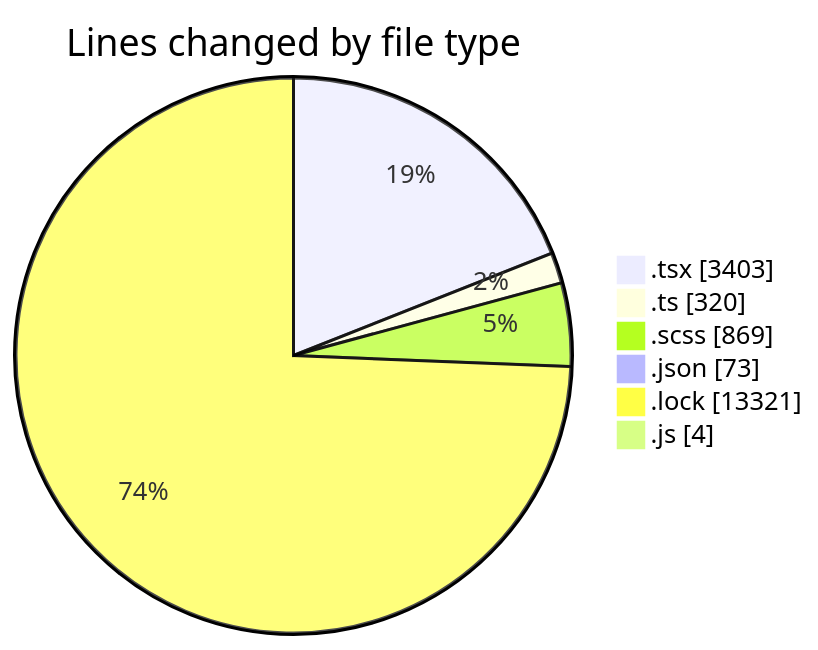
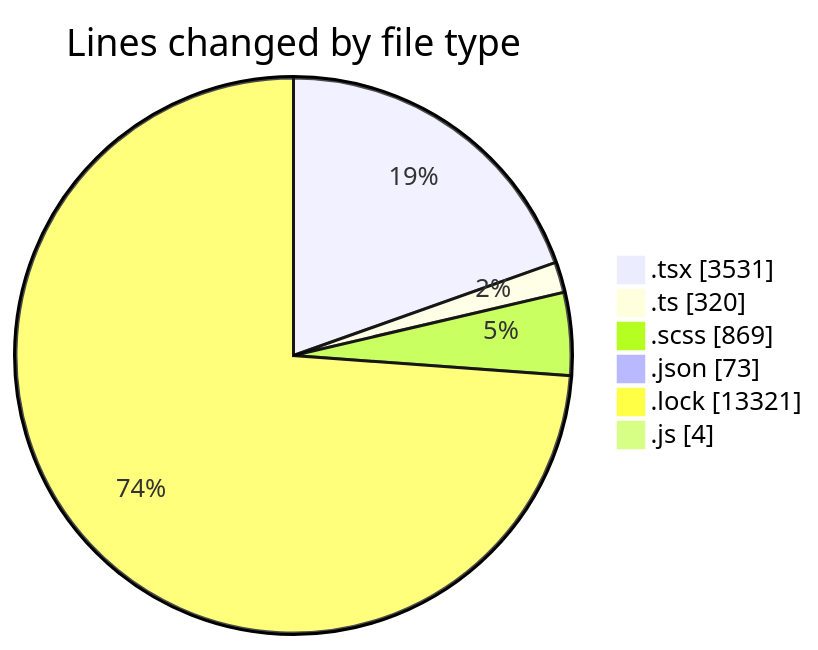
The first of 2 diagrams in 2025-02-12/cda/README.md (momahboobian/code-tracking), drawn with Mermaid before and after one commit. The commit also changed other lines of this file and 1 other file, not shown here.

````diff
--- a/2025-02-12/cda/README.md
+++ b/2025-02-12/cda/README.md
@@ -40,10 +41,10 @@
 ```mermaid
 pie showData
 title Lines changed by file type
-".tsx" : 3403
+".tsx" : 3531
 ".ts" : 320
 ".scss" : 869
 ".json" : 73
 ".lock" : 13321
 ".js" : 4
 ```
````
